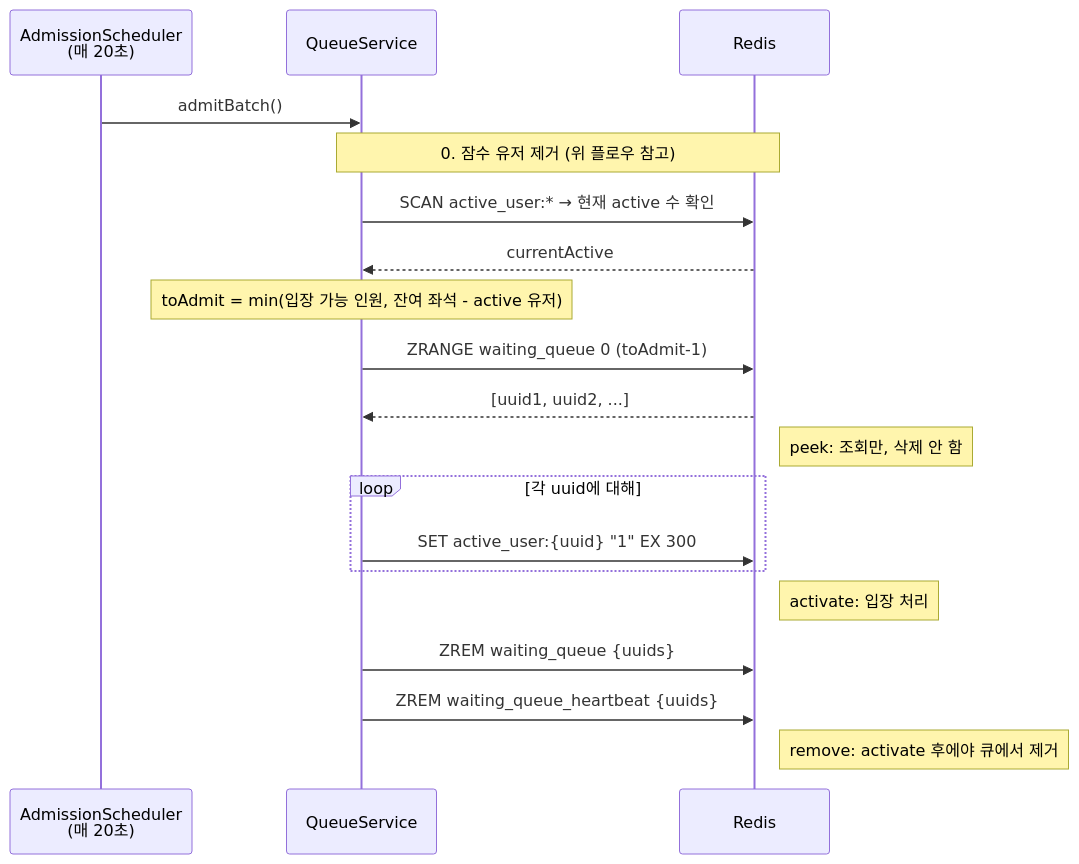
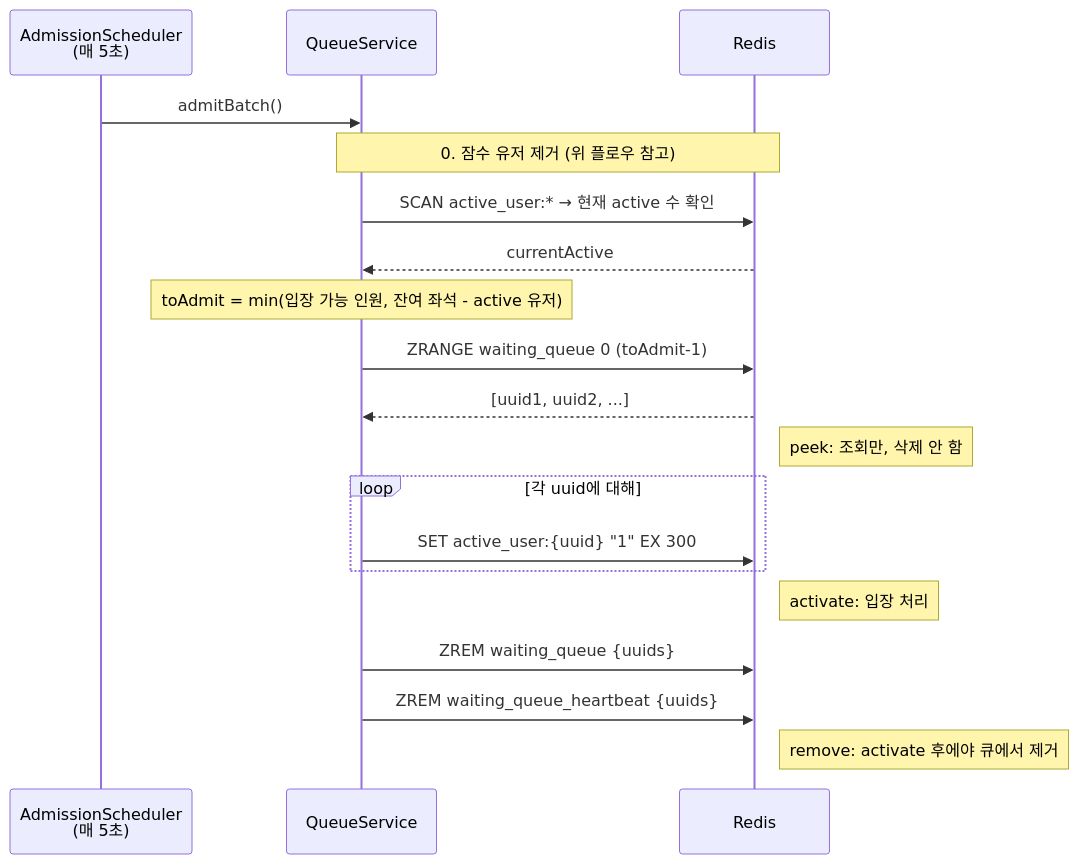
The fourth of 7 diagrams in README.md (irnd04/zticket), drawn with Mermaid before and after one commit. The commit also changed other lines of this file and 2 other files, not shown here.

````diff
--- a/README.md
+++ b/README.md
@@ -128,28 +128,28 @@
 ```mermaid
 sequenceDiagram
-    participant S as AdmissionScheduler<br/>(매 20초)
+    participant S as AdmissionScheduler<br/>(매 5초)
     participant Q as QueueService
     participant R as Redis
 
     S->>Q: admitBatch()
 
     Note over Q,R: 0. 잠수 유저 제거 (위 플로우 참고)
 
     Q->>R: SCAN active_user:* → 현재 active 수 확인
     R-->>Q: currentActive
 
     Note over Q: toAdmit = min(입장 가능 인원, 잔여 좌석 - active 유저)
 
     Q->>R: ZRANGE waiting_queue 0 (toAdmit-1)
     R-->>Q: [uuid1, uuid2, ...]
     Note right of R: peek: 조회만, 삭제 안 함
 
     loop 각 uuid에 대해
         Q->>R: SET active_user:{uuid} "1" EX 300
     end
     Note right of R: activate: 입장 처리
 
     Q->>R: ZREM waiting_queue {uuids}
     Q->>R: ZREM waiting_queue_heartbeat {uuids}
     Note right of R: remove: activate 후에야 큐에서 제거
 ```
````
